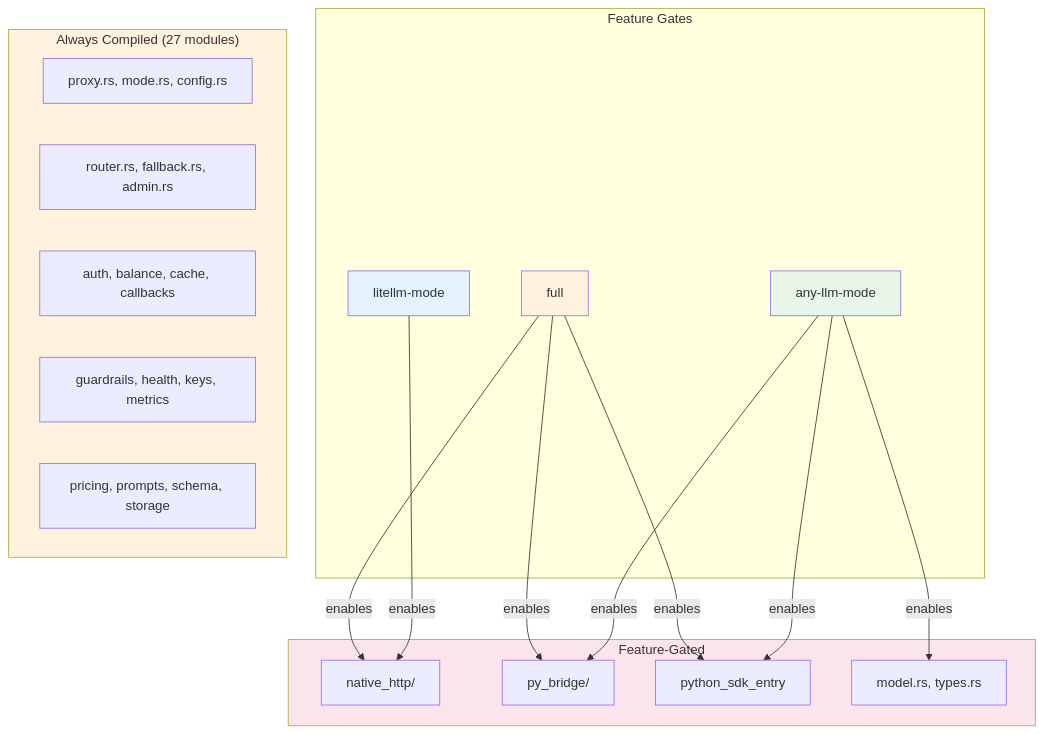
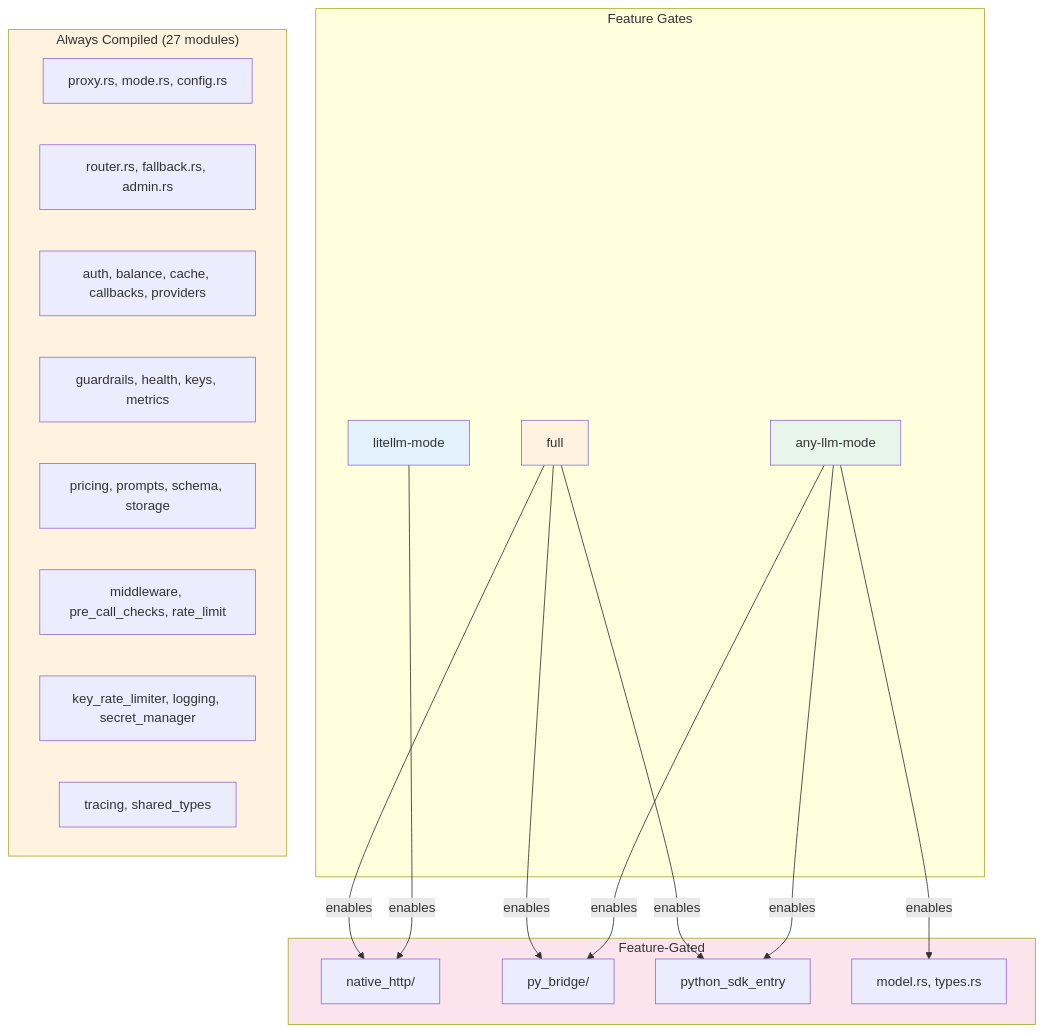
The third of 19 diagrams in docs/architecture/quota-router-architecture.md (CipherOcto/cipherocto), drawn with Mermaid before and after one commit. The commit also changed other lines of this file, not shown here.

Commit message:
Adversarial review R4: fix Always Compiled diagram (18->27 modules), fix router.rs line range (10-44->25-46), update status

````diff
--- a/docs/architecture/quota-router-architecture.md
+++ b/docs/architecture/quota-router-architecture.md
@@ -144,37 +144,40 @@
 ```mermaid
 graph TD
     subgraph Features["Feature Gates"]
         F1["litellm-mode"]
         F2["any-llm-mode"]
         F3["full"]
     end
 
     subgraph Always["Always Compiled (27 modules)"]
         A1[proxy.rs, mode.rs, config.rs]
         A2[router.rs, fallback.rs, admin.rs]
-        A3[auth, balance, cache, callbacks]
+        A3[auth, balance, cache, callbacks, providers]
         A4[guardrails, health, keys, metrics]
         A5[pricing, prompts, schema, storage]
+        A6[middleware, pre_call_checks, rate_limit]
+        A7[key_rate_limiter, logging, secret_manager]
+        A8[tracing, shared_types]
     end
 
     subgraph Gated["Feature-Gated"]
         G1[native_http/]
         G2[py_bridge/]
         G3[python_sdk_entry]
         G4[model.rs, types.rs]
     end
 
     F1 -->|enables| G1
     F2 -->|enables| G2
     F2 -->|enables| G3
     F2 -->|enables| G4
     F3 -->|enables| G1
     F3 -->|enables| G2
     F3 -->|enables| G3
 
     style F1 fill:#e3f2fd
     style F2 fill:#e8f5e9
     style F3 fill:#fff3e0
     style Always fill:#fff3e0
     style Gated fill:#fce4ec
 ```
````
